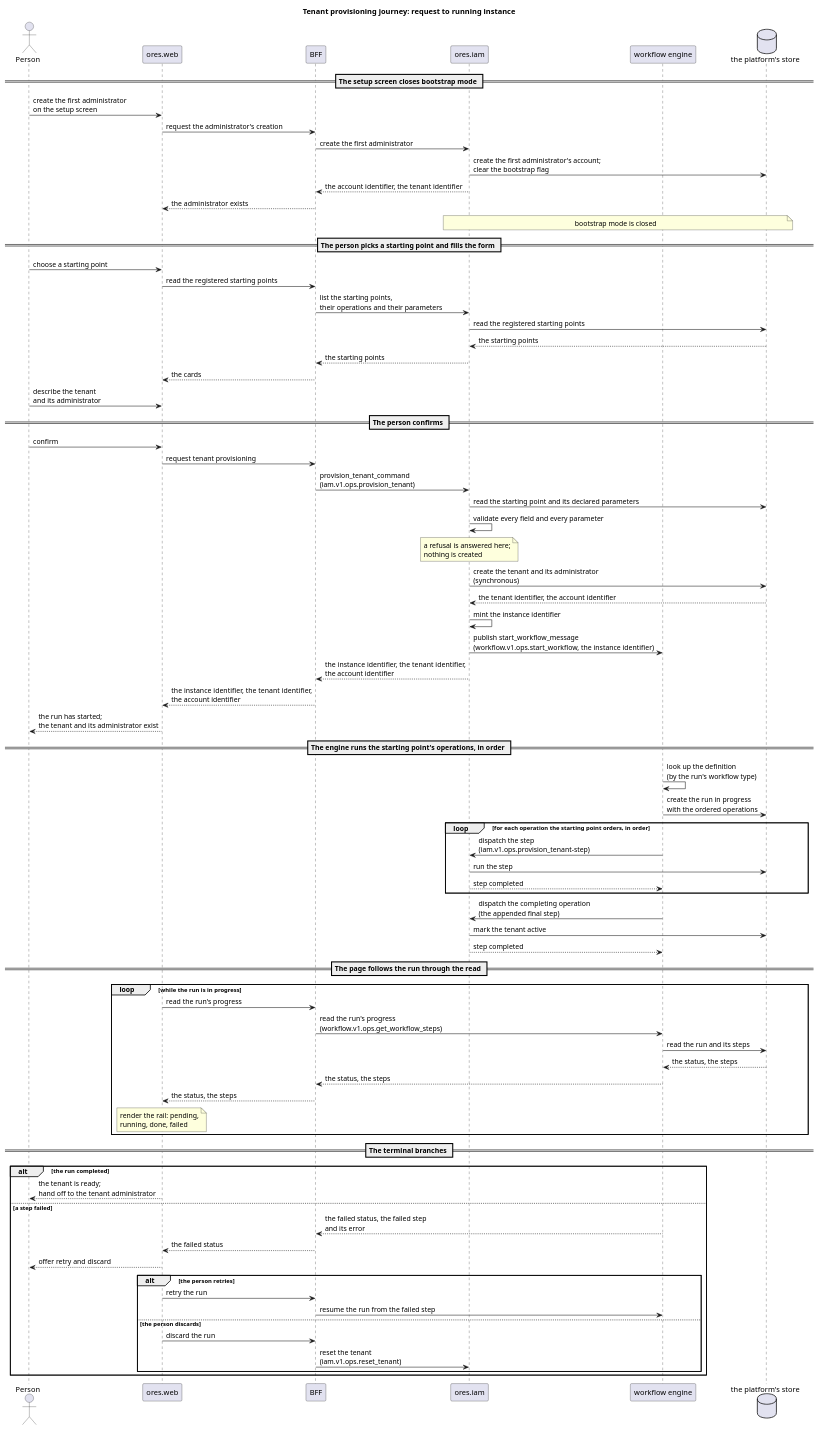
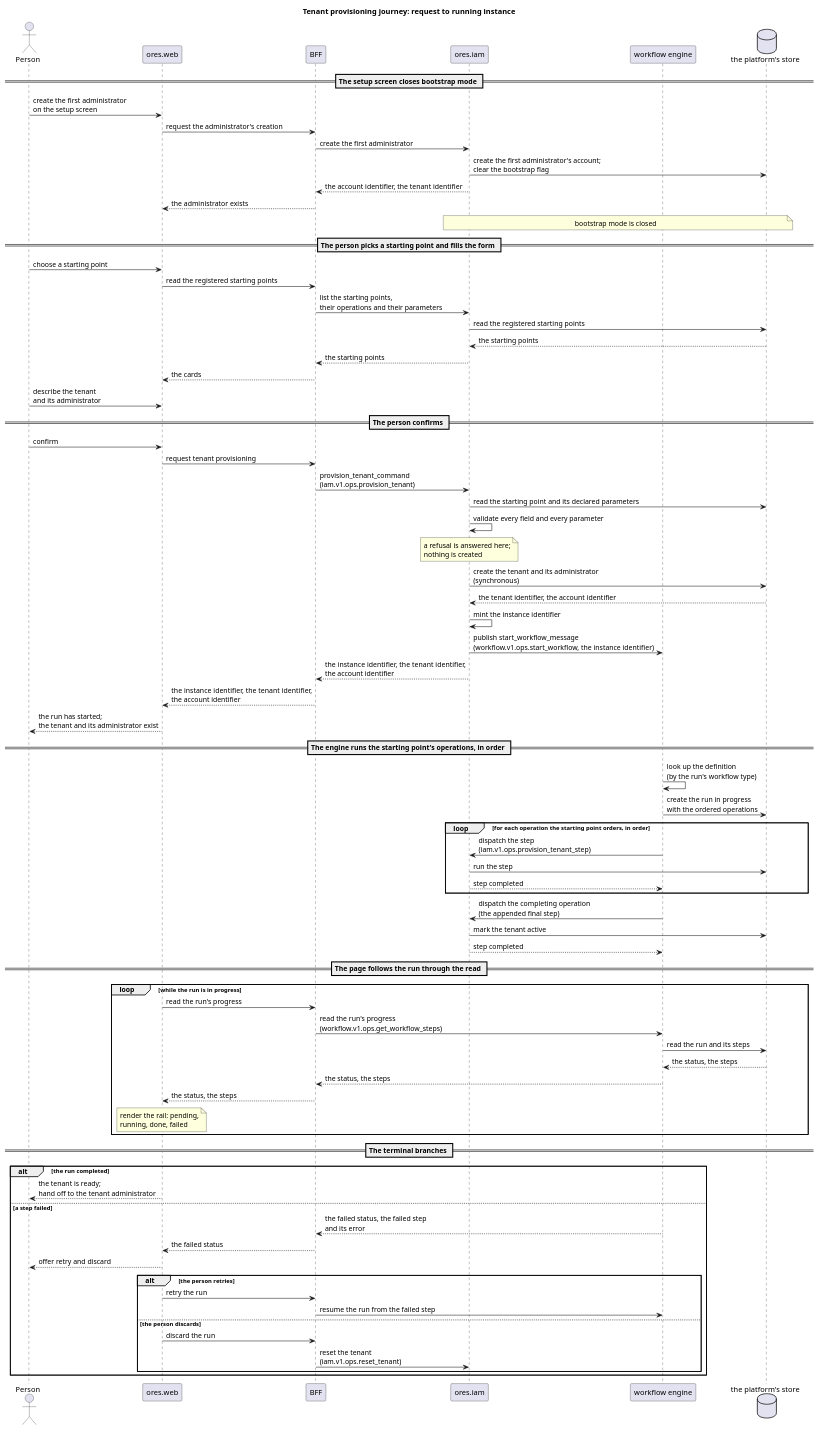
One commit to OreStudio/OreStudio changed the diagram in doc/knowledge/architecture/provisioning_sequence.puml. Above: the diagram before and after it, drawn with PlantUML. The commit also changed 52 other files, not shown here.

```diff
--- a/doc/knowledge/architecture/provisioning_sequence.puml
+++ b/doc/knowledge/architecture/provisioning_sequence.puml
@@ -18,91 +18,91 @@
 @startuml
 
 title Tenant provisioning journey: request to running instance
 
 actor "Person" as person
 participant "ores.web" as web
 participant "BFF" as bff
 participant "ores.iam" as iam
 participant "workflow engine" as engine
 database "the platform's store" as db
 
 == The setup screen closes bootstrap mode ==
 
 person -> web : create the first administrator\non the setup screen
 web -> bff : request the administrator's creation
 bff -> iam : create the first administrator
 iam -> db : create the first administrator's account;\nclear the bootstrap flag
 iam --> bff : the account identifier, the tenant identifier
 bff --> web : the administrator exists
 note over iam, db : bootstrap mode is closed
 
 == The person picks a starting point and fills the form ==
 
 person -> web : choose a starting point
 web -> bff : read the registered starting points
 bff -> iam : list the starting points,\ntheir operations and their parameters
 iam -> db : read the registered starting points
 db --> iam : the starting points
 iam --> bff : the starting points
 bff --> web : the cards
 person -> web : describe the tenant\nand its administrator
 
 == The person confirms ==
 
 person -> web : confirm
 web -> bff : request tenant provisioning
 bff -> iam : provision_tenant_command\n(iam.v1.ops.provision_tenant)
 iam -> db : read the starting point and its declared parameters
 iam -> iam : validate every field and every parameter
 note over iam : a refusal is answered here;\nnothing is created
 iam -> db : create the tenant and its administrator\n(synchronous)
 db --> iam : the tenant identifier, the account identifier
 iam -> iam : mint the instance identifier
 iam -> engine : publish start_workflow_message\n(workflow.v1.ops.start_workflow, the instance identifier)
 iam --> bff : the instance identifier, the tenant identifier,\nthe account identifier
 bff --> web : the instance identifier, the tenant identifier,\nthe account identifier
 web --> person : the run has started;\nthe tenant and its administrator exist
 
 == The engine runs the starting point's operations, in order ==
 
 engine -> engine : look up the definition\n(by the run's workflow type)
 engine -> db : create the run in progress\nwith the ordered operations
 loop for each operation the starting point orders, in order
-    engine -> iam : dispatch the step\n(iam.v1.ops.provision_tenant-step)
+    engine -> iam : dispatch the step\n(iam.v1.ops.provision_tenant_step)
     iam -> db : run the step
     iam --> engine : step completed
 end
 engine -> iam : dispatch the completing operation\n(the appended final step)
 iam -> db : mark the tenant active
 iam --> engine : step completed
 
 == The page follows the run through the read ==
 
 loop while the run is in progress
     web -> bff : read the run's progress
     bff -> engine : read the run's progress\n(workflow.v1.ops.get_workflow_steps)
     engine -> db : read the run and its steps
     db --> engine : the status, the steps
     engine --> bff : the status, the steps
     bff --> web : the status, the steps
     note over web : render the rail: pending,\nrunning, done, failed
 end
 
 == The terminal branches ==
 
 alt the run completed
     web --> person : the tenant is ready;\nhand off to the tenant administrator
 else a step failed
     engine --> bff : the failed status, the failed step\nand its error
     bff --> web : the failed status
     web --> person : offer retry and discard
     alt the person retries
         web -> bff : retry the run
         bff -> engine : resume the run from the failed step
     else the person discards
         web -> bff : discard the run
         bff -> iam : reset the tenant\n(iam.v1.ops.reset_tenant)
     end
 end
 
 @enduml
```
